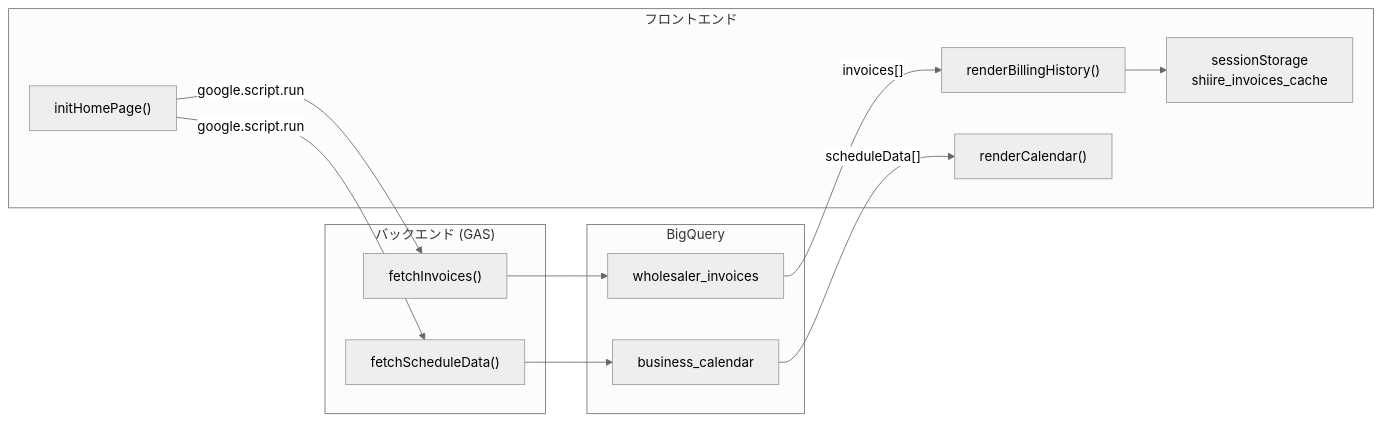
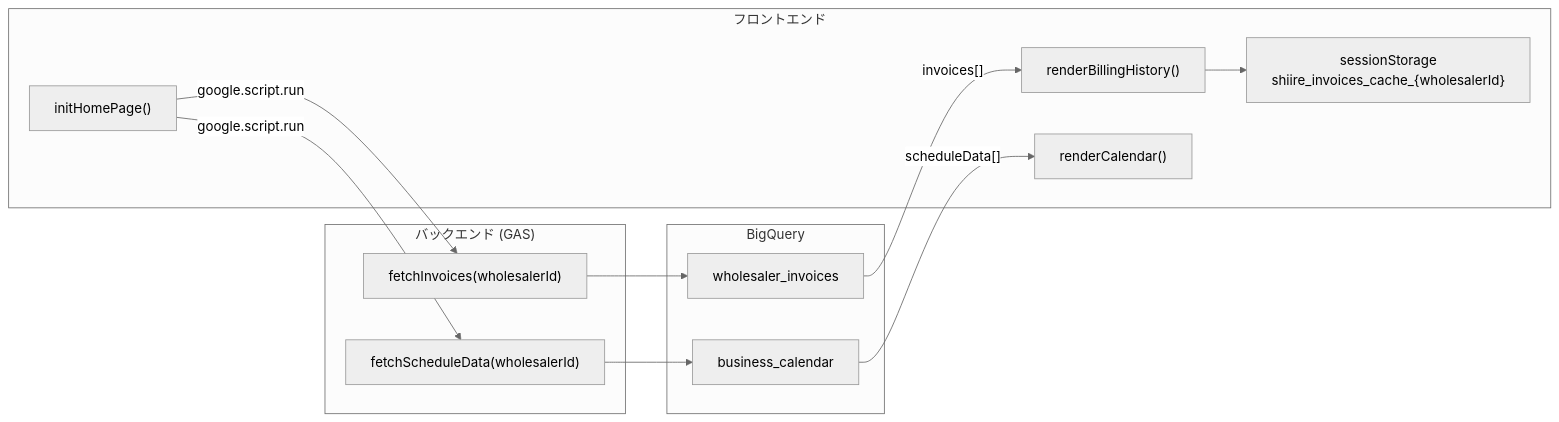
One commit to USEN-PAY-Products/connect-wholesale-gas-poc changed the third of 6 diagrams in docs/specifications/01_top_page.md. Above: the diagram before and after it, drawn with Mermaid (neutral theme). The commit also changed other lines of this file and 8 other files, not shown here.

````diff
--- a/docs/specifications/01_top_page.md
+++ b/docs/specifications/01_top_page.md
@@ -137,27 +137,27 @@
 ```mermaid
 flowchart LR
     subgraph Backend ["バックエンド (GAS)"]
-        FI["fetchInvoices()"]
-        FS["fetchScheduleData()"]
+        FI["fetchInvoices(wholesalerId)"]
+        FS["fetchScheduleData(wholesalerId)"]
     end
 
     subgraph BQ ["BigQuery"]
         WI["wholesaler_invoices"]
         BC["business_calendar"]
     end
 
     subgraph Frontend ["フロントエンド"]
         IHP["initHomePage()"]
         RBH["renderBillingHistory()"]
         RC["renderCalendar()"]
-        SS["sessionStorage<br/>shiire_invoices_cache"]
+        SS["sessionStorage<br/>shiire_invoices_cache_{wholesalerId}"]
     end
 
     IHP -->|google.script.run| FI
     IHP -->|google.script.run| FS
     FI --> WI
     FS --> BC
     WI -->|"invoices[]"| RBH
     BC -->|"scheduleData[]"| RC
     RBH --> SS
 ```
````
